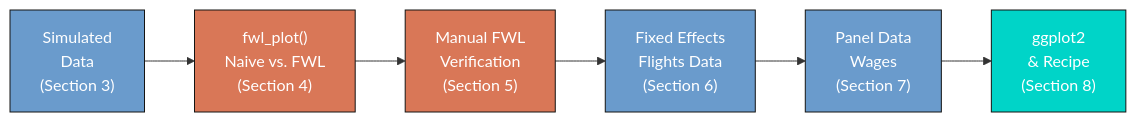
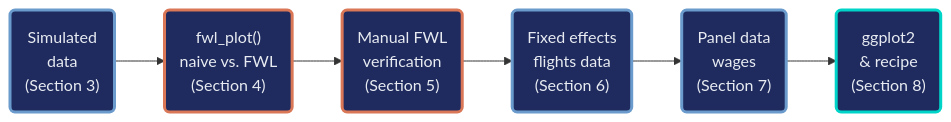
Before and after one commit to cmg777/starter-academic-v501: the first of 2 diagrams in content/post/r_fwlplot/tutorial.qmd, drawn with Mermaid. The commit also changed other lines of this file and 42 other files, not shown here.

First line of the commit message:
content(mermaid): restyle Mermaid copies in tutorial sources and the LaLonde slide deck

````diff
--- a/content/post/r_fwlplot/tutorial.qmd
+++ b/content/post/r_fwlplot/tutorial.qmd
@@ -90,15 +90,14 @@
 ```{mermaid}
 graph LR
-    A["Simulated<br/>Data<br/>(Section 3)"] --> B["fwl_plot()<br/>Naive vs. FWL<br/>(Section 4)"]
-    B --> C["Manual FWL<br/>Verification<br/>(Section 5)"]
-    C --> D["Fixed Effects<br/>Flights Data<br/>(Section 6)"]
-    D --> E["Panel Data<br/>Wages<br/>(Section 7)"]
-    E --> F["ggplot2<br/>& Recipe<br/>(Section 8)"]
-
-    style A fill:#6a9bcc,stroke:#141413,color:#fff
-    style B fill:#d97757,stroke:#141413,color:#fff
-    style C fill:#d97757,stroke:#141413,color:#fff
-    style D fill:#6a9bcc,stroke:#141413,color:#fff
-    style E fill:#6a9bcc,stroke:#141413,color:#fff
-    style F fill:#00d4c8,stroke:#141413,color:#fff
+    A("Simulated<br/>data<br/>(Section 3)") --> B("fwl_plot()<br/>naive vs. FWL<br/>(Section 4)")
+    B --> C("Manual FWL<br/>verification<br/>(Section 5)")
+    C --> D("Fixed effects<br/>flights data<br/>(Section 6)")
+    D --> E("Panel data<br/>wages<br/>(Section 7)")
+    E --> F("ggplot2<br/>& recipe<br/>(Section 8)")
+    classDef blue fill:#1f2b5e,stroke:#6a9bcc,stroke-width:3px,color:#e8ecf2
+    classDef orange fill:#1f2b5e,stroke:#d97757,stroke-width:3px,color:#e8ecf2
+    classDef teal fill:#1f2b5e,stroke:#00d4c8,stroke-width:3px,color:#e8ecf2
+    class A,D,E blue
+    class B,C orange
+    class F teal
 ```
````
